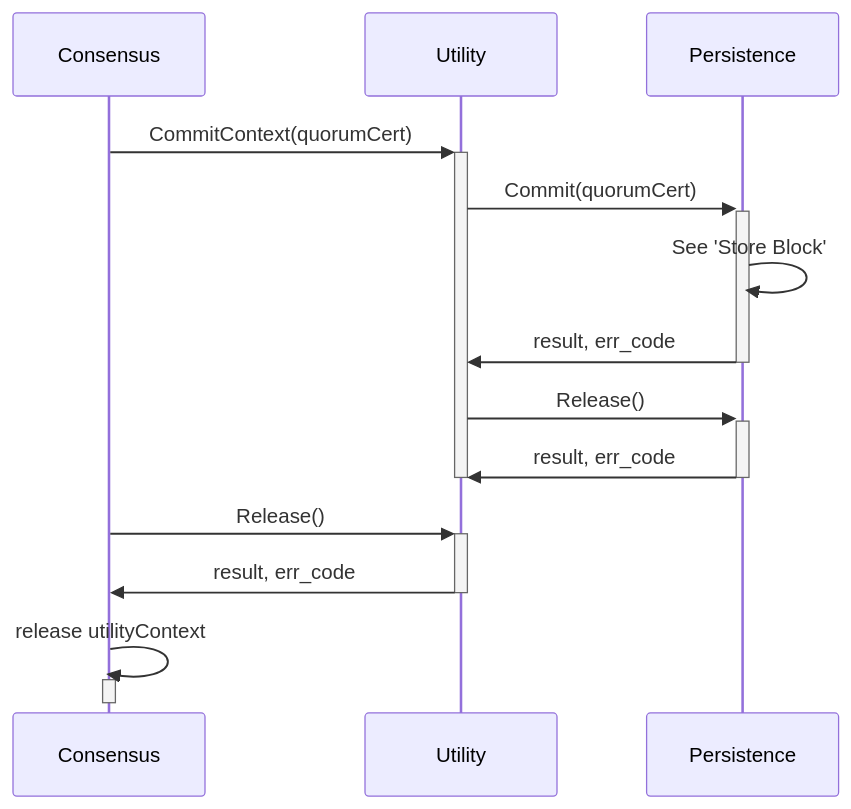
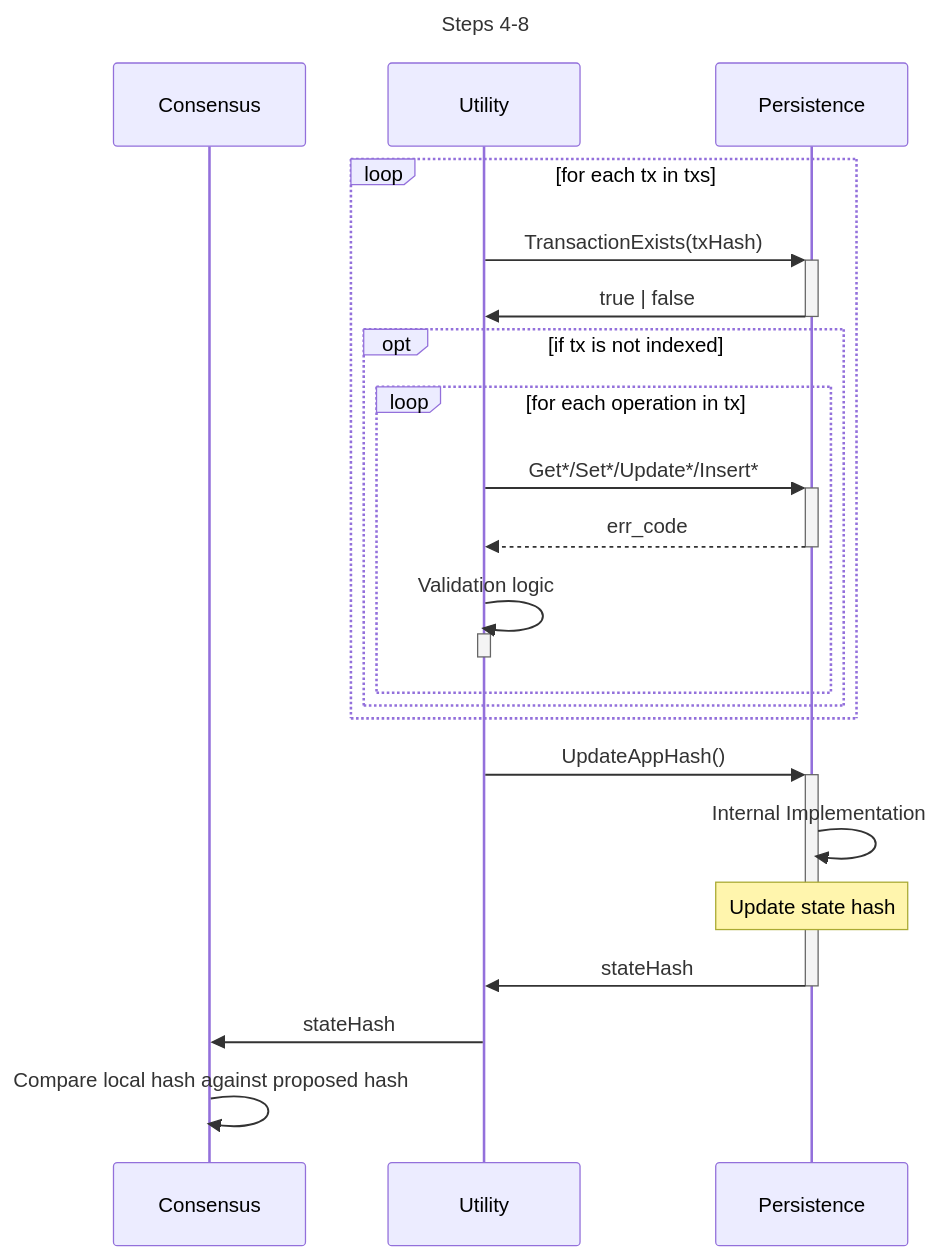
One commit to pokt-network/pocket changed the fifth of 5 diagrams in shared/docs/PROTOCOL_STATE_HASH.md. Above: the diagram before and after it, drawn with Mermaid. The commit also changed other lines of this file and 5 other files, not shown here.

````diff
--- a/shared/docs/PROTOCOL_STATE_HASH.md
+++ b/shared/docs/PROTOCOL_STATE_HASH.md
@@ -111,22 +146,29 @@
 ```mermaid
 sequenceDiagram
+    title Steps 4-8
     participant C as Consensus
     participant U as Utility
     participant P as Persistence
 
-    %% Commit Context
-    C->>+U: CommitContext(quorumCert)
-    U->>+P: Commit(quorumCert)
-    P->>P: See 'Store Block'
-    P->>-U: result, err_code
-    U->>+P: Release()
-    P->>-U: result, err_code
-    deactivate U
+    loop for each tx in txs
+        U->>+P: TransactionExists(txHash)
+        P->>-U: true | false
+        opt if tx is not indexed
+            loop for each operation in tx
+                U->>+P: Get*/Set*/Update*/Insert*
+                P-->>-U: err_code
+                U->>U: Validation logic
+                activate U
+                deactivate U
+            end
+        end
+    end
+    U->>+P: UpdateAppHash()
+    P->>P: Internal Implementation
+    Note over P: Update state hash
+    P->>-U: stateHash
+    U->>C: stateHash
 
-    %% Release Context
-    C->>+U: Release()
-    U->>-C: result, err_code
-    C->>C: release utilityContext
-    activate C
-    deactivate C
+    %% Validate the updated hash
+    C->>C: Compare local hash against proposed hash
 ```
````
